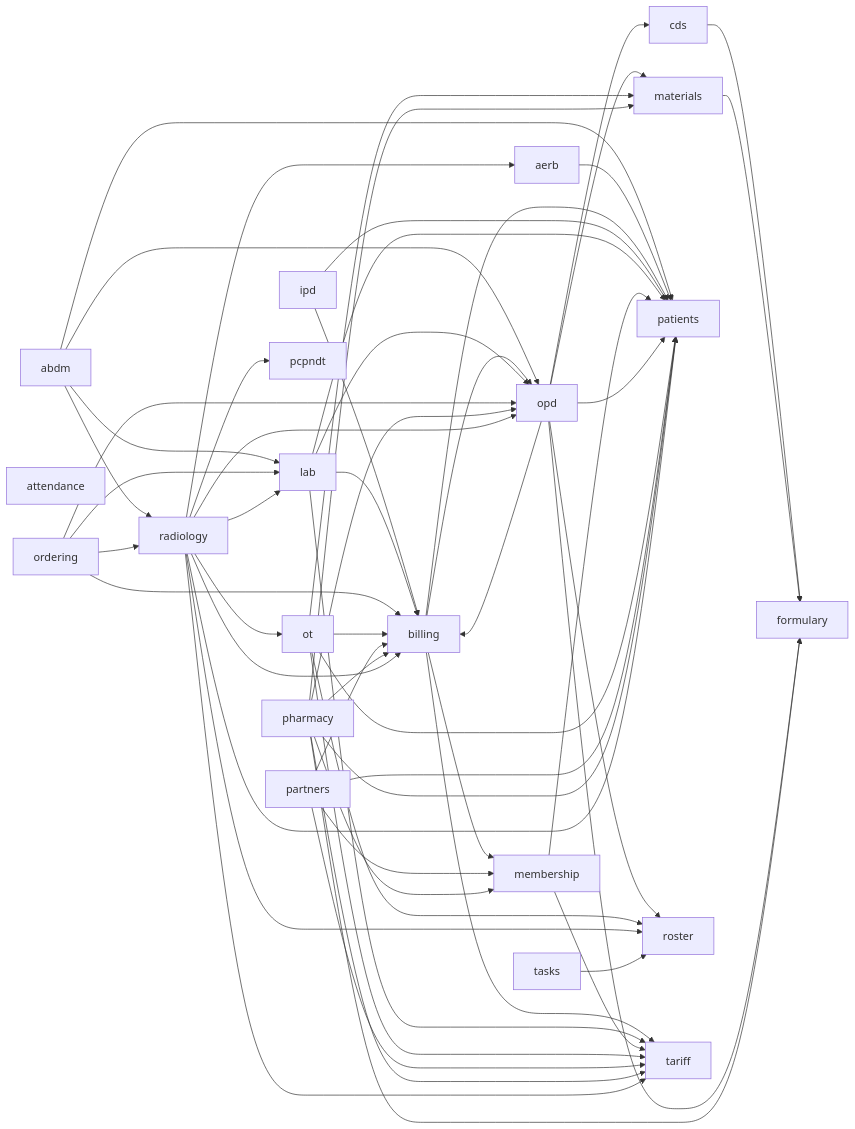
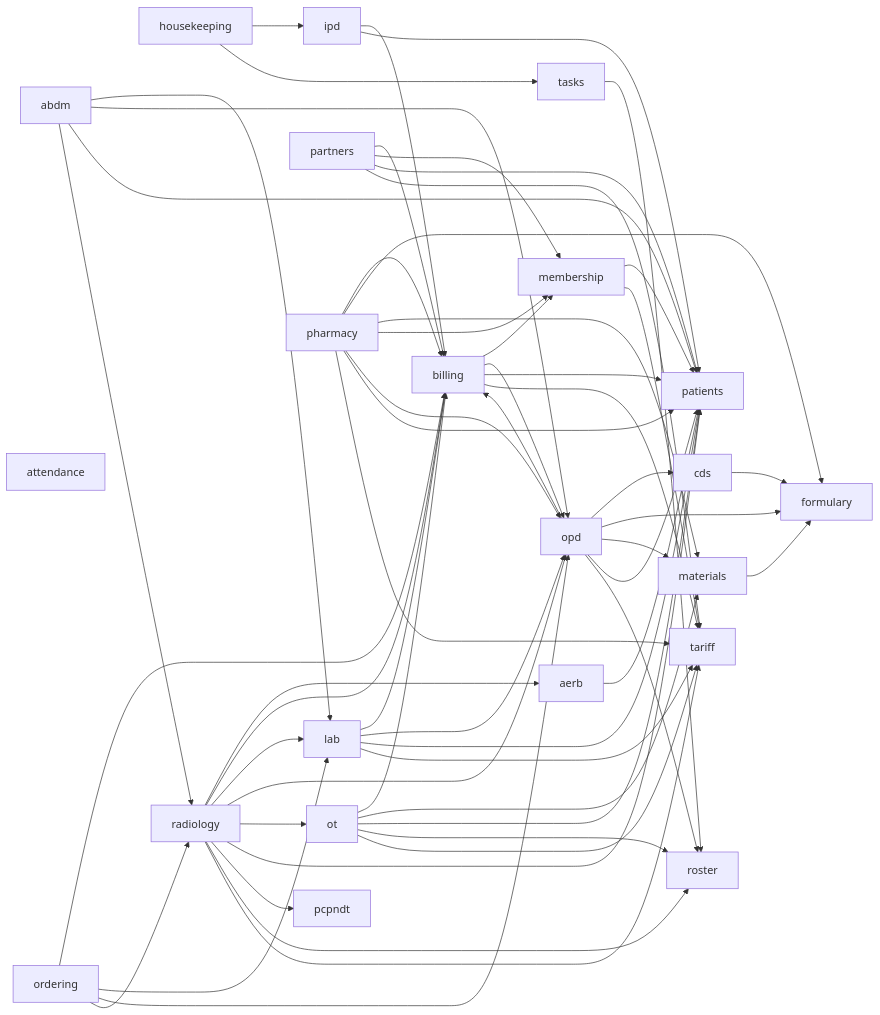
Before and after one commit to ankits3a/hims-hmis: the second of 2 diagrams in docs/architecture/README.md, drawn with Mermaid. The commit also changed other lines of this file and 48 other files, not shown here.

````diff
--- a/docs/architecture/README.md
+++ b/docs/architecture/README.md
@@ -31,79 +31,82 @@
 ```mermaid
 flowchart LR
   abdm[abdm]
   aerb[aerb]
   attendance[attendance]
   billing[billing]
   cds[cds]
   formulary[formulary]
+  housekeeping[housekeeping]
   ipd[ipd]
   lab[lab]
   materials[materials]
   membership[membership]
   opd[opd]
   ordering[ordering]
   ot[ot]
   partners[partners]
   patients[patients]
   pcpndt[pcpndt]
   pharmacy[pharmacy]
   radiology[radiology]
   roster[roster]
   tariff[tariff]
   tasks[tasks]
   abdm --> lab
   abdm --> opd
   abdm --> patients
   abdm --> radiology
   aerb --> patients
   billing --> membership
   billing --> opd
   billing --> patients
   billing --> tariff
   cds --> formulary
+  housekeeping --> ipd
+  housekeeping --> tasks
   ipd --> billing
   ipd --> patients
   lab --> billing
   lab --> opd
   lab --> patients
   lab --> tariff
   materials --> formulary
   membership --> patients
   membership --> tariff
   opd --> billing
   opd --> cds
   opd --> formulary
   opd --> materials
   opd --> patients
   opd --> roster
   ordering --> billing
   ordering --> lab
   ordering --> opd
   ordering --> radiology
   ot --> billing
   ot --> materials
   ot --> patients
   ot --> roster
   ot --> tariff
   partners --> billing
   partners --> membership
   partners --> patients
   partners --> tariff
   pharmacy --> billing
   pharmacy --> formulary
   pharmacy --> materials
   pharmacy --> membership
   pharmacy --> opd
   pharmacy --> patients
   pharmacy --> tariff
   radiology --> aerb
   radiology --> billing
   radiology --> lab
   radiology --> opd
   radiology --> ot
   radiology --> patients
   radiology --> pcpndt
   radiology --> roster
   radiology --> tariff
   tasks --> roster
 ```
````
